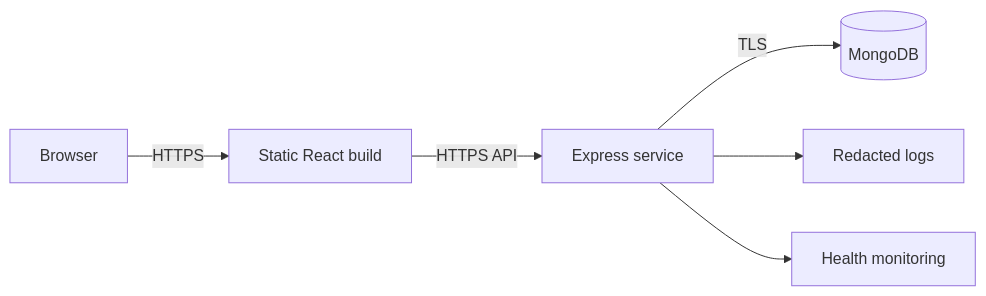
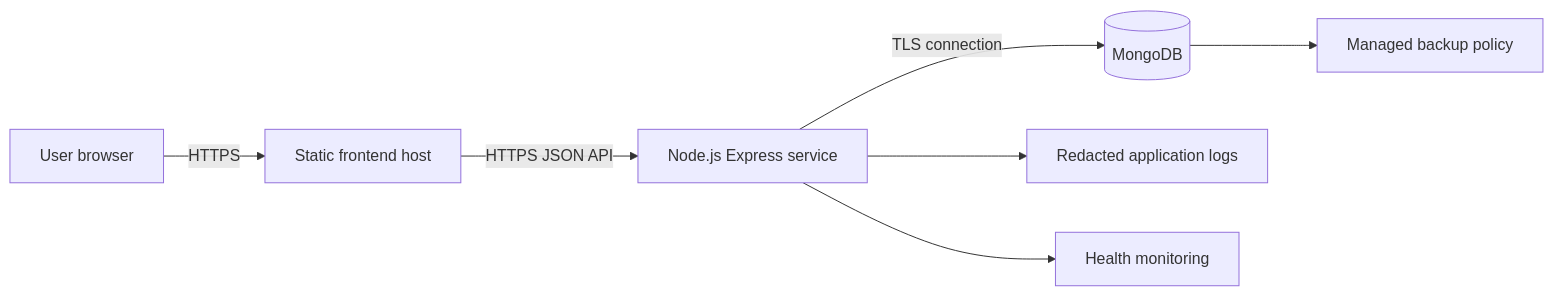
Before and after one commit to Brajesh31/Anime-Book-Store: the first of 2 diagrams in docs/deployment.md, drawn with Mermaid. The commit also changed other lines of this file and 4 other files, not shown here.

````diff
--- a/docs/deployment.md
+++ b/docs/deployment.md
@@ -7,8 +8,9 @@
 ```mermaid
 flowchart LR
- User[Browser] -->|HTTPS| CDN[Static React build]
- CDN -->|HTTPS API| API[Express service]
- API -->|TLS| DB[(MongoDB)]
- API --> Logs[Redacted logs]
- API --> Monitor[Health monitoring]
+ Browser[User browser] -->|HTTPS| Static[Static frontend host]
+ Static -->|HTTPS JSON API| API[Node.js Express service]
+ API -->|TLS connection| DB[(MongoDB)]
+ API --> Logs[Redacted application logs]
+ API --> Health[Health monitoring]
+ DB --> Backup[Managed backup policy]
 ```
````
